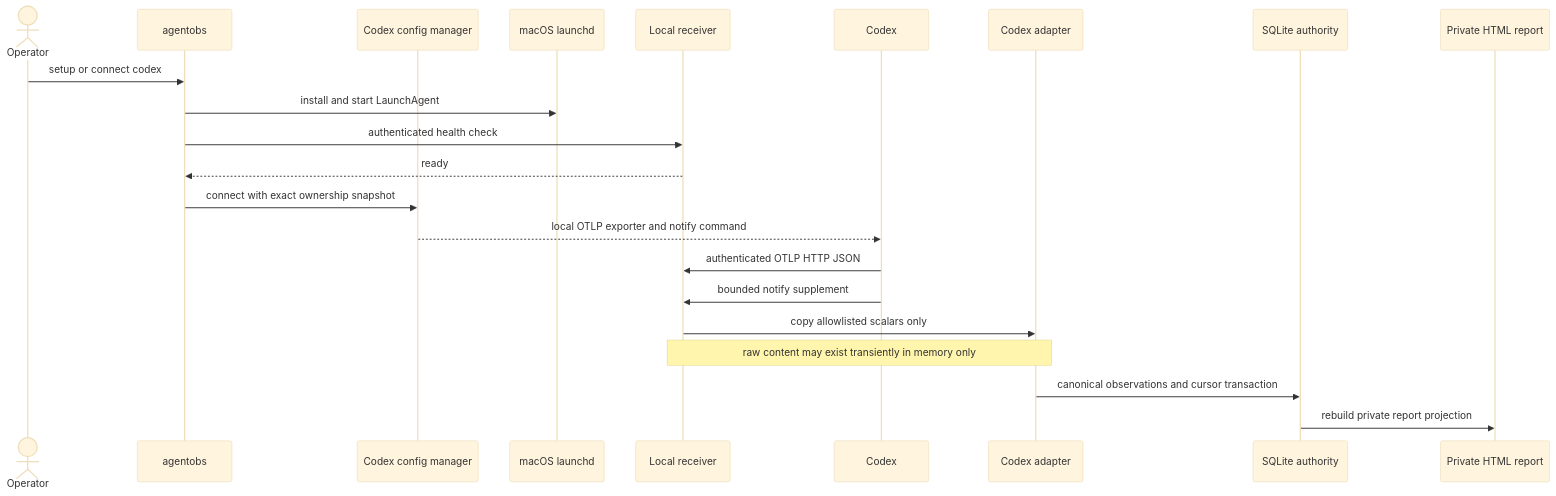
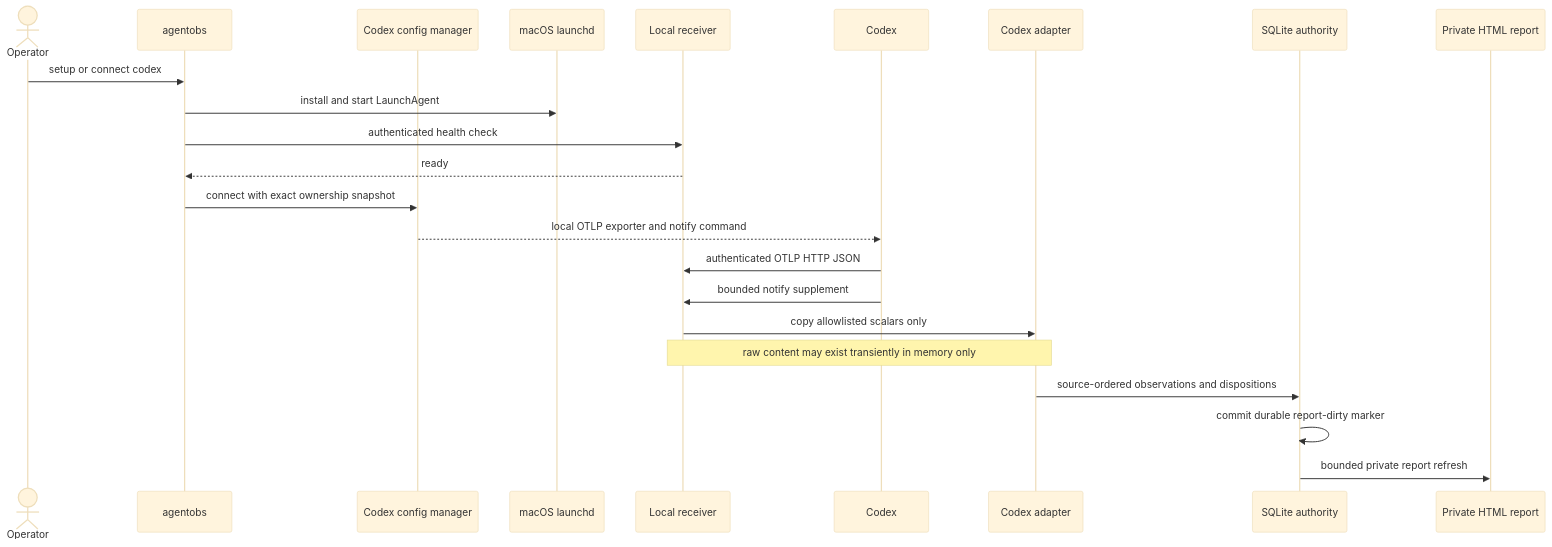
One commit to MCprotein/agent-observability changed the second of 8 diagrams in docs/COLLECTION_FLOW.md. Above: the diagram before and after it, drawn with Mermaid (base theme). The commit also changed other lines of this file and 5 other files, not shown here.

````diff
--- a/docs/COLLECTION_FLOW.md
+++ b/docs/COLLECTION_FLOW.md
@@ -70,25 +70,26 @@
 ```mermaid
 sequenceDiagram
     actor Operator
     participant CLI as agentobs
     participant Config as Codex config manager
     participant Launchd as macOS launchd
     participant Receiver as Local receiver
     participant Codex
     participant Adapter as Codex adapter
     participant Store as SQLite authority
     participant Report as Private HTML report
 
     Operator->>CLI: setup or connect codex
     CLI->>Launchd: install and start LaunchAgent
     CLI->>Receiver: authenticated health check
     Receiver-->>CLI: ready
     CLI->>Config: connect with exact ownership snapshot
     Config-->>Codex: local OTLP exporter and notify command
     Codex->>Receiver: authenticated OTLP HTTP JSON
     Codex->>Receiver: bounded notify supplement
     Receiver->>Adapter: copy allowlisted scalars only
     Note over Receiver,Adapter: raw content may exist transiently in memory only
-    Adapter->>Store: canonical observations and cursor transaction
-    Store->>Report: rebuild private report projection
+    Adapter->>Store: source-ordered observations and dispositions
+    Store->>Store: commit durable report-dirty marker
+    Store->>Report: bounded private report refresh
 ```
````
